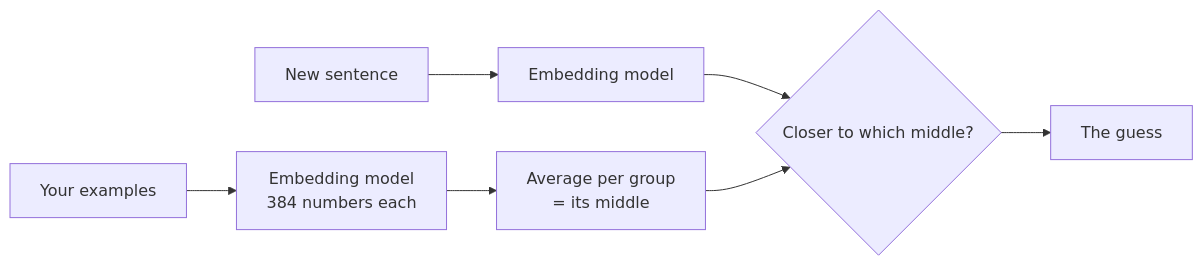
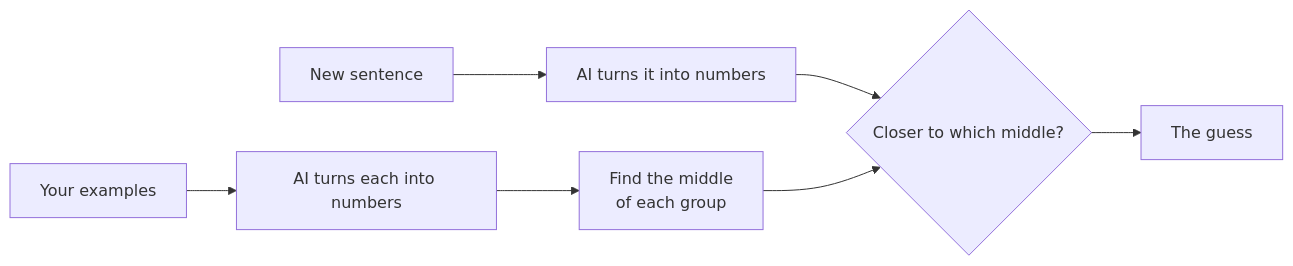
One commit to khadir-syed/k_ai-playground changed the diagram in chapters/04-teach/README.md. Above: the diagram before and after it, drawn with Mermaid. The commit also changed other lines of this file and 13 other files, not shown here.

````diff
--- a/chapters/04-teach/README.md
+++ b/chapters/04-teach/README.md
@@ -24,6 +32,6 @@
 ```mermaid
 flowchart LR
-  X[Your examples] --> E[Embedding model<br/>384 numbers each] --> M[Average per group<br/>= its middle]
-  T[New sentence] --> E2[Embedding model] --> C{Closer to which middle?}
+  X[Your examples] --> E[AI turns each into numbers] --> M[Find the middle<br/>of each group]
+  T[New sentence] --> E2[AI turns it into numbers] --> C{Closer to which middle?}
   M --> C --> G[The guess]
 ```
````
